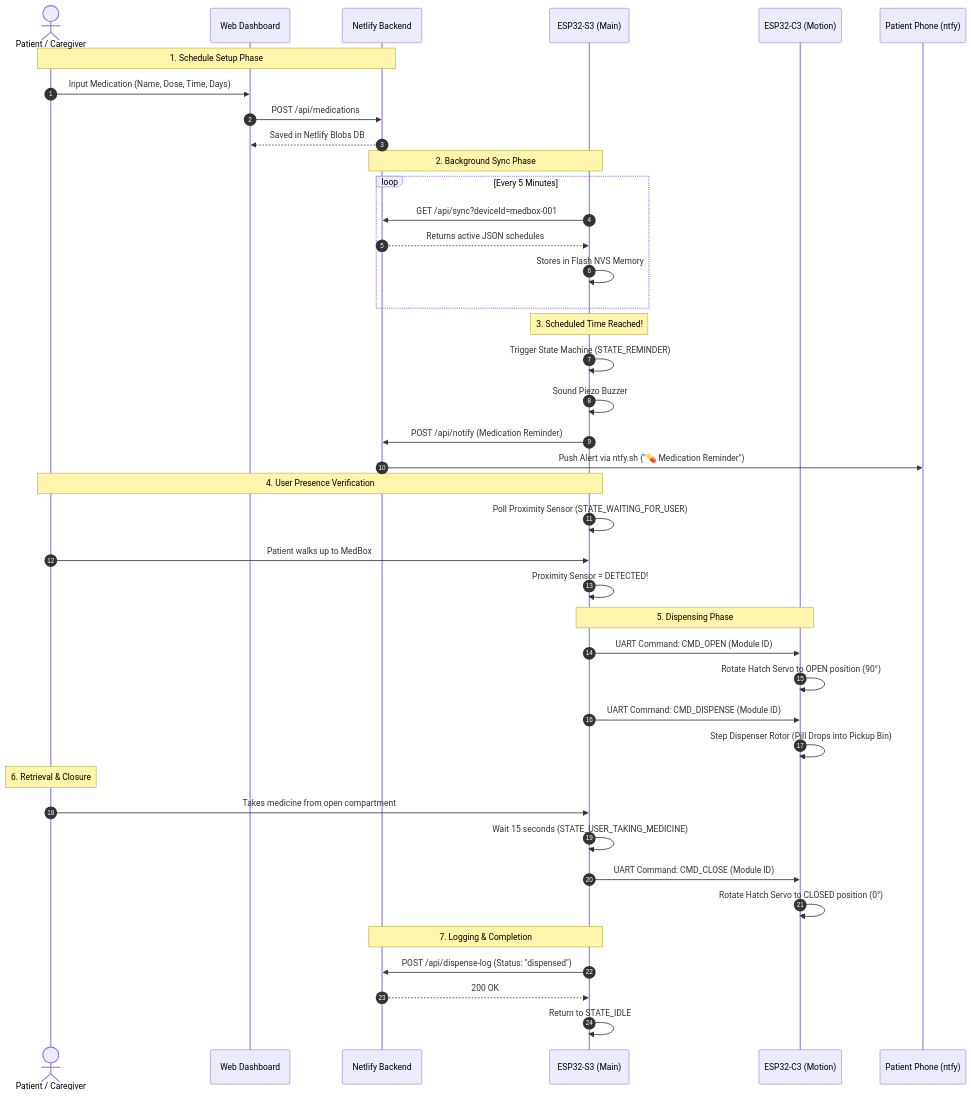
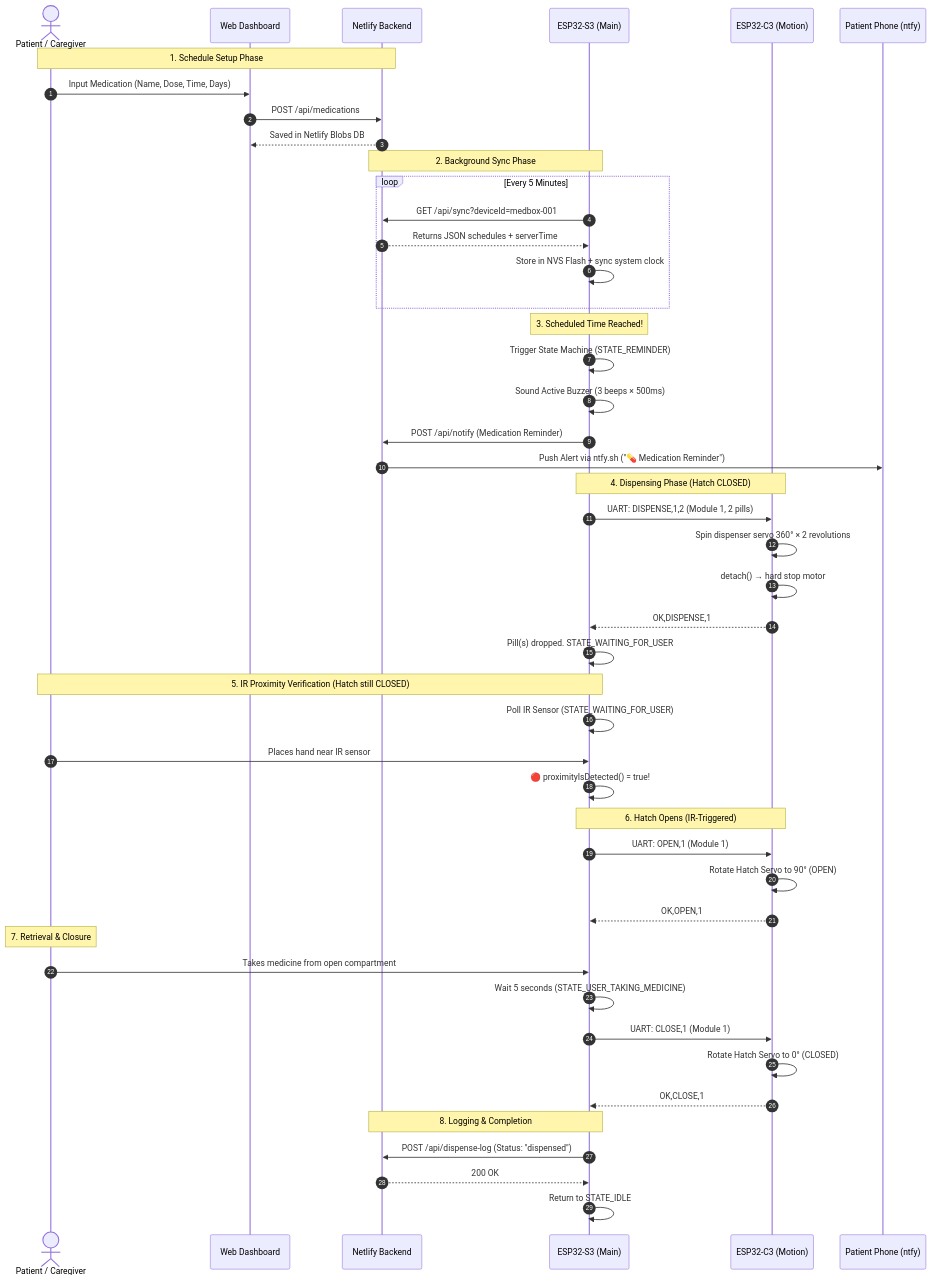
One commit to JanClyde05/MedDispenser changed the fifth of 6 diagrams in MedDispenser/docs/DEVICE_OPERATION_GUIDE.md. Above: the diagram before and after it, drawn with Mermaid. The commit also changed other lines of this file and 13 other files, not shown here.

````diff
--- a/MedDispenser/docs/DEVICE_OPERATION_GUIDE.md
+++ b/MedDispenser/docs/DEVICE_OPERATION_GUIDE.md
@@ -195,50 +216,57 @@
 ```mermaid
 sequenceDiagram
     autonumber
     actor User as Patient / Caregiver
     participant Web as Web Dashboard
     participant Net as Netlify Backend
     participant ESP as ESP32-S3 (Main)
     participant C3 as ESP32-C3 (Motion)
     participant Phone as Patient Phone (ntfy)
 
     Note over User, Net: 1. Schedule Setup Phase
     User->>Web: Input Medication (Name, Dose, Time, Days)
     Web->>Net: POST /api/medications
     Net-->>Web: Saved in Netlify Blobs DB
 
     Note over ESP, Net: 2. Background Sync Phase
     loop Every 5 Minutes
         ESP->>Net: GET /api/sync?deviceId=medbox-001
-        Net-->>ESP: Returns active JSON schedules
-        ESP->>ESP: Stores in Flash NVS Memory
+        Net-->>ESP: Returns JSON schedules + serverTime
+        ESP->>ESP: Store in NVS Flash + sync system clock
     end
 
     Note over ESP: 3. Scheduled Time Reached!
     ESP->>ESP: Trigger State Machine (STATE_REMINDER)
-    ESP->>ESP: Sound Piezo Buzzer
+    ESP->>ESP: Sound Active Buzzer (3 beeps × 500ms)
     ESP->>Net: POST /api/notify (Medication Reminder)
     Net->>Phone: Push Alert via ntfy.sh ("💊 Medication Reminder")
 
-    Note over ESP, User: 4. User Presence Verification
-    ESP->>ESP: Poll Proximity Sensor (STATE_WAITING_FOR_USER)
-    User->>ESP: Patient walks up to MedBox
-    ESP->>ESP: Proximity Sensor = DETECTED!
+    Note over ESP, C3: 4. Dispensing Phase (Hatch CLOSED)
+    ESP->>C3: UART: DISPENSE,1,2 (Module 1, 2 pills)
+    C3->>C3: Spin dispenser servo 360° × 2 revolutions
+    C3->>C3: detach() → hard stop motor
+    C3-->>ESP: OK,DISPENSE,1
+    ESP->>ESP: Pill(s) dropped. STATE_WAITING_FOR_USER
 
-    Note over ESP, C3: 5. Dispensing Phase
-    ESP->>C3: UART Command: CMD_OPEN (Module ID)
-    C3->>C3: Rotate Hatch Servo to OPEN position (90°)
-    ESP->>C3: UART Command: CMD_DISPENSE (Module ID)
-    C3->>C3: Step Dispenser Rotor (Pill Drops into Pickup Bin)
-    
-    Note over User: 6. Retrieval & Closure
+    Note over ESP, User: 5. IR Proximity Verification (Hatch still CLOSED)
+    ESP->>ESP: Poll IR Sensor (STATE_WAITING_FOR_USER)
+    User->>ESP: Places hand near IR sensor
+    ESP->>ESP: 🔴 proximityIsDetected() = true!
+
+    Note over ESP, C3: 6. Hatch Opens (IR-Triggered)
+    ESP->>C3: UART: OPEN,1 (Module 1)
+    C3->>C3: Rotate Hatch Servo to 90° (OPEN)
+    C3-->>ESP: OK,OPEN,1
+
+    Note over User: 7. Retrieval & Closure
     User->>ESP: Takes medicine from open compartment
-    ESP->>ESP: Wait 15 seconds (STATE_USER_TAKING_MEDICINE)
-    ESP->>C3: UART Command: CMD_CLOSE (Module ID)
-    C3->>C3: Rotate Hatch Servo to CLOSED position (0°)
+    ESP->>ESP: Wait 5 seconds (STATE_USER_TAKING_MEDICINE)
+    ESP->>C3: UART: CLOSE,1 (Module 1)
+    C3->>C3: Rotate Hatch Servo to 0° (CLOSED)
+    C3-->>ESP: OK,CLOSE,1
 
-    Note over ESP, Net: 7. Logging & Completion
+    Note over ESP, Net: 8. Logging & Completion
     ESP->>Net: POST /api/dispense-log (Status: "dispensed")
     Net-->>ESP: 200 OK
     ESP->>ESP: Return to STATE_IDLE
 ```
````
